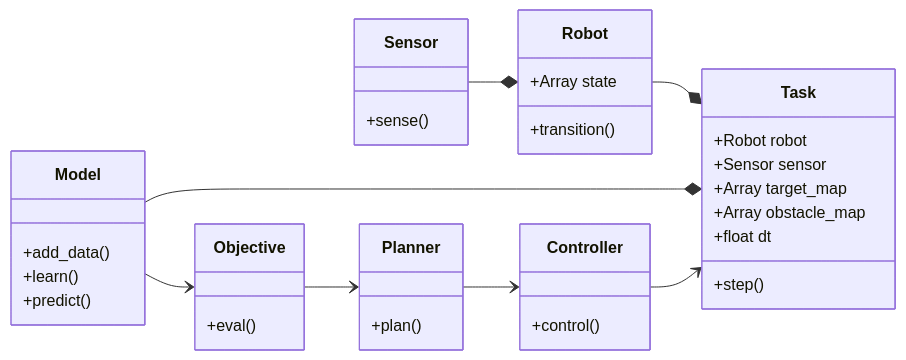
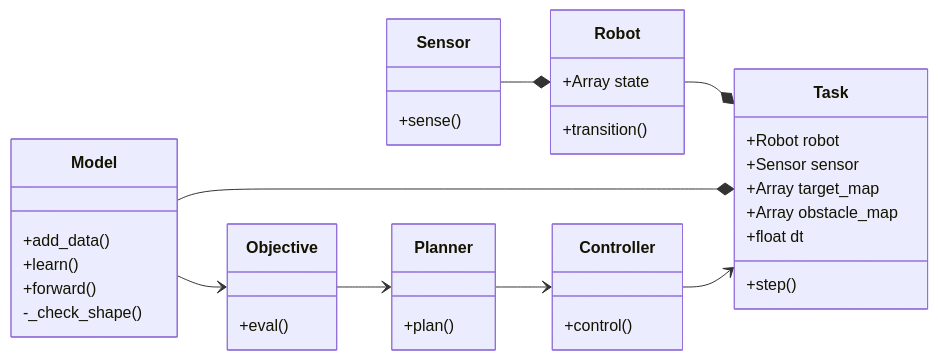
The diagram in docs/framework.md (Weizhe-Chen/PyPolo), drawn with Mermaid before and after one commit. The commit also changed 6 other files, not shown here.

````diff
--- a/docs/framework.md
+++ b/docs/framework.md
@@ -9,42 +9,43 @@
 ``` mermaid
 classDiagram
 direction LR
 class Robot {
     +Array state
         +transition()
 }
 class Sensor {
     +sense()
 }
 class Task {
     +Robot robot
     +Sensor sensor
     +Array target_map
     +Array obstacle_map
     +float dt
     +step()
 }
 class Model {
     +add_data()
     +learn()
-    +predict()
+    +forward()
+    -_check_shape()
 }
 class Objective {
     +eval()
 }
 class Planner {
     +plan()
 }
 class Controller {
     +control()
 }
 
 Robot --* Task
 Sensor --* Robot
 Model --* Task
 
 Model --> Objective
 Objective --> Planner
 Planner --> Controller
 Controller --> Task
 ```
````
